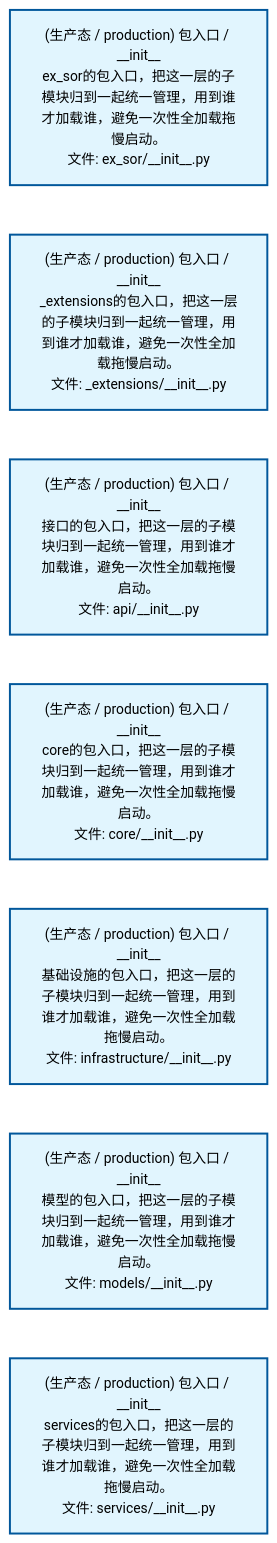
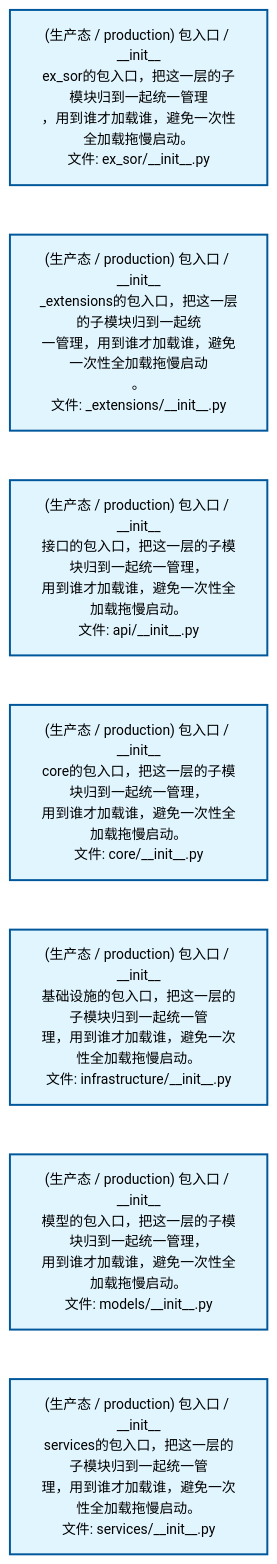
Before and after one commit to xuanFelixVan/ZephyrAlpha: the second of 4 diagrams in docs/02_enterprise_architecture/02_domain_architecture_docs/45_d_ex_sor.md, drawn with Mermaid. The commit also changed other lines of this file and 61 other files, not shown here.

````diff
--- a/docs/02_enterprise_architecture/02_domain_architecture_docs/45_d_ex_sor.md
+++ b/docs/02_enterprise_architecture/02_domain_architecture_docs/45_d_ex_sor.md
@@ -111,22 +111,22 @@
 ```mermaid
 %%{init: {'theme': 'base', 'themeVariables': {'primaryColor': '#eaeaea', 'primaryTextColor': '#333333', 'primaryBorderColor': '#666666', 'lineColor': '#666666', 'secondaryColor': '#eaeaea', 'tertiaryColor': '#eaeaea', 'fontSize': '14px'}}}%%
 flowchart TD
-    src_zephyr_ex_sor_init_py["(生产态 / production) 包入口 / __init__<br/>ex_sor的包入口，把这一层的子模块归到一起统一管理，用到谁才加载谁，避免一次性全加载拖慢启动。<br/>文件: ex_sor/__init__.py"]
-    src_zephyr_ex_sor_extensions_init_py["(生产态 / production) 包入口 / __init__<br/>_extensions的包入口，把这一层的子模块归到一起统一管理，用到谁才加载谁，避免一次性全加载拖慢启动。<br/>文件: _extensions/__init__.py"]
-    src_zephyr_ex_sor_api_init_py["(生产态 / production) 包入口 / __init__<br/>接口的包入口，把这一层的子模块归到一起统一管理，用到谁才加载谁，避免一次性全加载拖慢启动。<br/>文件: api/__init__.py"]
-    src_zephyr_ex_sor_core_init_py["(生产态 / production) 包入口 / __init__<br/>core的包入口，把这一层的子模块归到一起统一管理，用到谁才加载谁，避免一次性全加载拖慢启动。<br/>文件: core/__init__.py"]
-    src_zephyr_ex_sor_infrastructure_init_py["(生产态 / production) 包入口 / __init__<br/>基础设施的包入口，把这一层的子模块归到一起统一管理，用到谁才加载谁，避免一次性全加载拖慢启动。<br/>文件: infrastructure/__init__.py"]
-    src_zephyr_ex_sor_models_init_py["(生产态 / production) 包入口 / __init__<br/>模型的包入口，把这一层的子模块归到一起统一管理，用到谁才加载谁，避免一次性全加载拖慢启动。<br/>文件: models/__init__.py"]
-    src_zephyr_ex_sor_services_init_py["(生产态 / production) 包入口 / __init__<br/>services的包入口，把这一层的子模块归到一起统一管理，用到谁才加载谁，避免一次性全加载拖慢启动。<br/>文件: services/__init__.py"]
+    src_zephyr_ex_sor_init_py["(生产态 / production) 包入口 / __init__<br/>ex_sor的包入口，把这一层的子模块归到一起统一管理<br/>，用到谁才加载谁，避免一次性全加载拖慢启动。<br/>文件: ex_sor/__init__.py"]
+    src_zephyr_ex_sor_extensions_init_py["(生产态 / production) 包入口 / __init__<br/>_extensions的包入口，把这一层的子模块归到一起统<br/>一管理，用到谁才加载谁，避免一次性全加载拖慢启动<br/>。<br/>文件: _extensions/__init__.py"]
+    src_zephyr_ex_sor_api_init_py["(生产态 / production) 包入口 / __init__<br/>接口的包入口，把这一层的子模块归到一起统一管理，<br/>用到谁才加载谁，避免一次性全加载拖慢启动。<br/>文件: api/__init__.py"]
+    src_zephyr_ex_sor_core_init_py["(生产态 / production) 包入口 / __init__<br/>core的包入口，把这一层的子模块归到一起统一管理，<br/>用到谁才加载谁，避免一次性全加载拖慢启动。<br/>文件: core/__init__.py"]
+    src_zephyr_ex_sor_infrastructure_init_py["(生产态 / production) 包入口 / __init__<br/>基础设施的包入口，把这一层的子模块归到一起统一管<br/>理，用到谁才加载谁，避免一次性全加载拖慢启动。<br/>文件: infrastructure/__init__.py"]
+    src_zephyr_ex_sor_models_init_py["(生产态 / production) 包入口 / __init__<br/>模型的包入口，把这一层的子模块归到一起统一管理，<br/>用到谁才加载谁，避免一次性全加载拖慢启动。<br/>文件: models/__init__.py"]
+    src_zephyr_ex_sor_services_init_py["(生产态 / production) 包入口 / __init__<br/>services的包入口，把这一层的子模块归到一起统一管<br/>理，用到谁才加载谁，避免一次性全加载拖慢启动。<br/>文件: services/__init__.py"]
     src_zephyr_ex_sor_init_py ~~~ src_zephyr_ex_sor_extensions_init_py
     src_zephyr_ex_sor_extensions_init_py ~~~ src_zephyr_ex_sor_api_init_py
     src_zephyr_ex_sor_api_init_py ~~~ src_zephyr_ex_sor_core_init_py
     src_zephyr_ex_sor_core_init_py ~~~ src_zephyr_ex_sor_infrastructure_init_py
     src_zephyr_ex_sor_infrastructure_init_py ~~~ src_zephyr_ex_sor_models_init_py
     src_zephyr_ex_sor_models_init_py ~~~ src_zephyr_ex_sor_services_init_py
     classDef production fill:#e1f5fe,stroke:#01579b,stroke-width:2px,color:#000
     classDef design fill:#fff3e0,stroke:#e65100,stroke-width:2px,color:#000,stroke-dasharray: 5 5
     classDef external_prod fill:#e8f4fd,stroke:#0277bd,stroke-width:1px,color:#000
     classDef external_design fill:#fff8e7,stroke:#ef6c00,stroke-width:1px,color:#000,stroke-dasharray: 5 5
     class src_zephyr_ex_sor_init_py,src_zephyr_ex_sor_extensions_init_py,src_zephyr_ex_sor_api_init_py,src_zephyr_ex_sor_core_init_py,src_zephyr_ex_sor_infrastructure_init_py,src_zephyr_ex_sor_models_init_py,src_zephyr_ex_sor_services_init_py production
 ```
````
